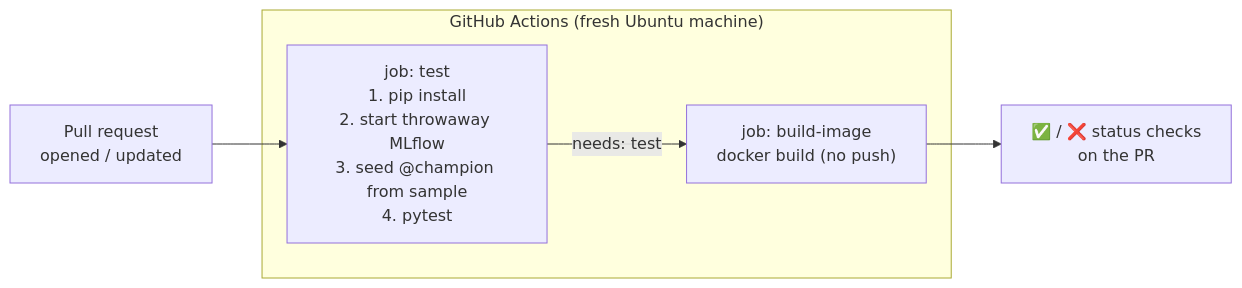
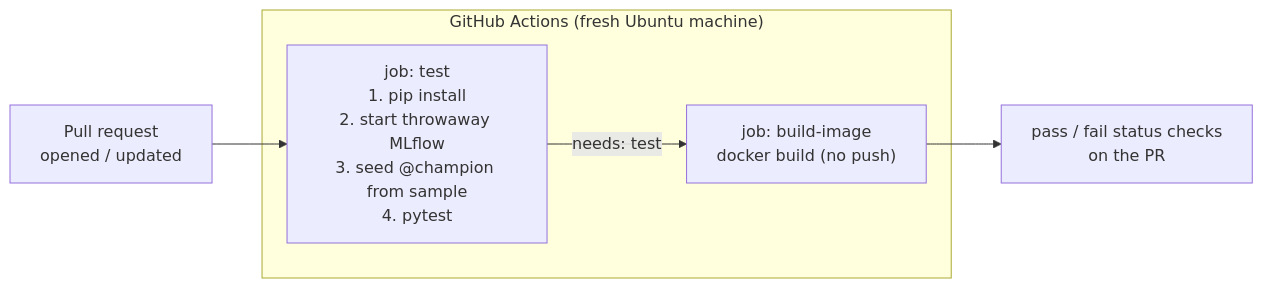
Before and after one commit to shikharkumar13/-NYC-Airbnb-Price-Prediction-MLOps: diagram 13 of 16 in implementation.md, drawn with Mermaid. The commit also changed other lines of this file and 1 other file, not shown here.

````diff
--- a/implementation.md
+++ b/implementation.md
@@ -2562,10 +2580,10 @@
 ```mermaid
 flowchart LR
     PR["Pull request\nopened / updated"] --> T
     subgraph gha ["GitHub Actions (fresh Ubuntu machine)"]
         T["job: test\n1. pip install\n2. start throwaway MLflow\n3. seed @champion from sample\n4. pytest"]
         B["job: build-image\ndocker build (no push)"]
         T -- "needs: test" --> B
     end
-    B --> S["✅ / ❌ status checks\non the PR"]
+    B --> S["pass / fail status checks\non the PR"]
 ```
````
